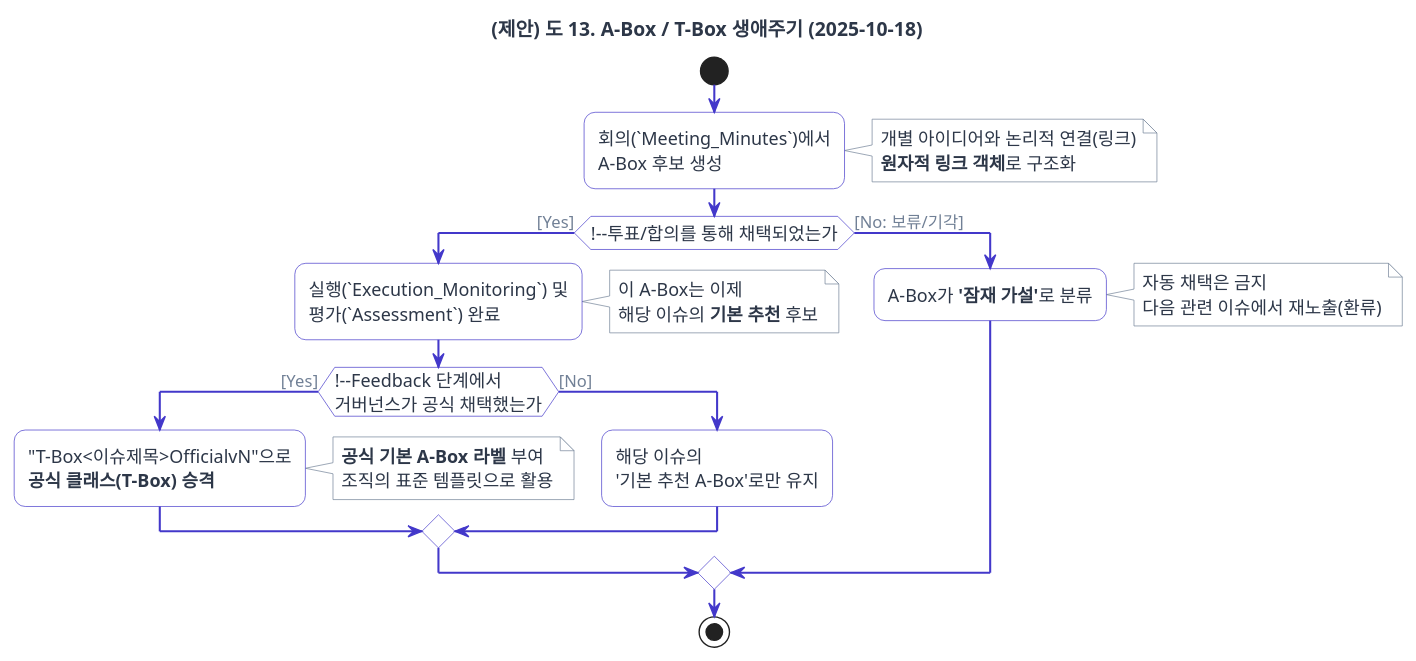
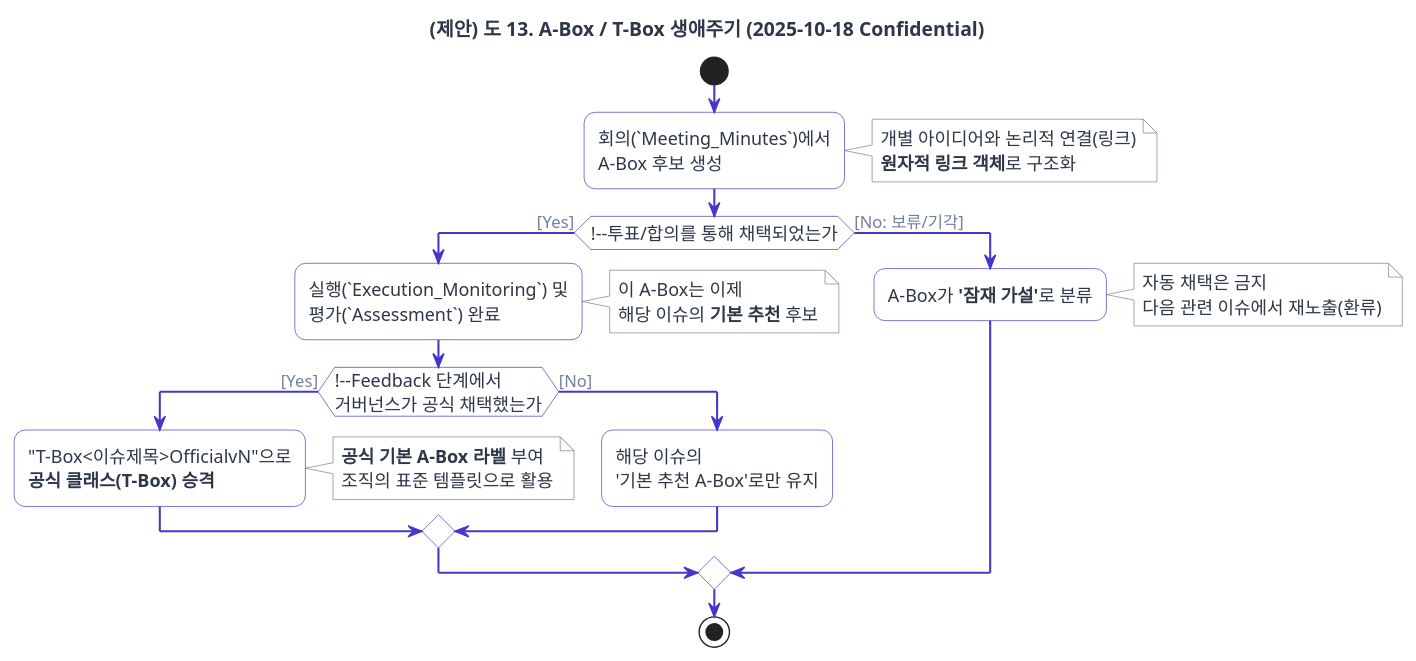
Before and after one commit to hamnYK/worflogyTemp: the diagram in diagrams/14_abox_tbox_lifecycle.puml, drawn with PlantUML. The commit also changed 13 other files, not shown here.

```diff
--- a/diagrams/14_abox_tbox_lifecycle.puml
+++ b/diagrams/14_abox_tbox_lifecycle.puml
@@ -1,123 +1,123 @@
 @startuml
 
-title (제안) 도 13. A-Box / T-Box 생애주기 (2025-10-18)
+title (제안) 도 13. A-Box / T-Box 생애주기 (2025-10-18 Confidential)
 
 '================================================================
 ' Worflogy.com Website Theme for PlantUML
 '================================================================
 
 '// 1. 전역 스타일 (Global Style & Fonts) //
 skinparam backgroundColor #ffffff
 skinparam defaultFontName "Pretendard"
 skinparam defaultFontSize 13
 skinparam defaultFontColor #2D3748
 skinparam shadowing false
 skinparam roundCorner 16
 
 '// 2. 화살표 및 연결선 스타일 (Arrow & Connector Style) //
 skinparam ArrowColor #718096
 skinparam ArrowThickness 1.5
 skinparam ArrowFontColor #718096
 skinparam ArrowFontSize 12
 skinparam linetype ortho
 
 '// 3. 기본 요소 스타일 (Standard Elements Style) //
 skinparam card {
   BackgroundColor #ffffff
   BorderColor #718096
 }
 skinparam note {
   BackgroundColor #ffffff
   BorderColor #718096
   FontColor #2D3748
 }
 skinparam component {
   BackgroundColor #ffffff
   BorderColor #718096
 }
 skinparam package {
   BackgroundColor #ffffff
   BorderColor #718096
 }
 skinparam database {
   BackgroundColor #ffffff
   BorderColor #718096
 }
 ' [추가] 파티션(Partition) 스타일 정의
 skinparam partition {
   BackgroundColor #F4F6F8 ' 웹사이트의 연한 배경색으로 구분감 부여
   BorderColor #718096
   FontColor #2D3748
 }
 
 '// 4. 강조 요소 스타일 (Accent Elements Style) //
 skinparam actor {
   BackgroundColor #4338CA
   BorderColor #4338CA
   FontColor #ffffff
 }
 skinparam participant {
   BackgroundColor #4338CA
   BorderColor #4338CA
   FontColor #ffffff
 }
 skinparam usecase {
   BackgroundColor #ffffff
   BorderColor #4338CA
   ArrowColor #4338CA
 }
 skinparam activity {
   BackgroundColor #ffffff
   BorderColor #4338CA
   FontColor #2D3748
 }
 
 '// 5. 클래스 다이어그램 스타일 (Class Diagram Style) //
 skinparam class {
   BackgroundColor #ffffff
   BorderColor #718096 ' [수정] 테두리 색상 변경
   HeaderBackgroundColor #4338CA
   FontColor #ffffff
   AttributeFontColor #2D3748
   AttributeFontSize 12
 }
 
 '================================================================
 
 ' Flow
 start
 
 :회의(`Meeting_Minutes`)에서\nA-Box 후보 생성;
 note right
 개별 아이디어와 논리적 연결(링크)
 **원자적 링크 객체**로 구조화
 end note
 
 if (!--투표/합의를 통해 채택되었는가) then ([Yes])
   :실행(`Execution_Monitoring`) 및\n평가(`Assessment`) 완료;
   note right
   이 A-Box는 이제
   해당 이슈의 **기본 추천** 후보
   end note
 
   if (!--Feedback 단계에서\n거버넌스가 공식 채택했는가) then ([Yes])
     :"T-Box<이슈제목>OfficialvN"으로\n**공식 클래스(T-Box) 승격**;
     note right
     **공식 기본 A-Box 라벨** 부여
     조직의 표준 템플릿으로 활용
     end note
   else ([No])
     :해당 이슈의\n'기본 추천 A-Box'로만 유지;
   endif
 
 else ([No: 보류/기각])
   :A-Box가 **'잠재 가설'**로 분류;
   note right
   자동 채택은 금지
   다음 관련 이슈에서 재노출(환류)
   end note
 endif
 
 stop
 
 @enduml
```
